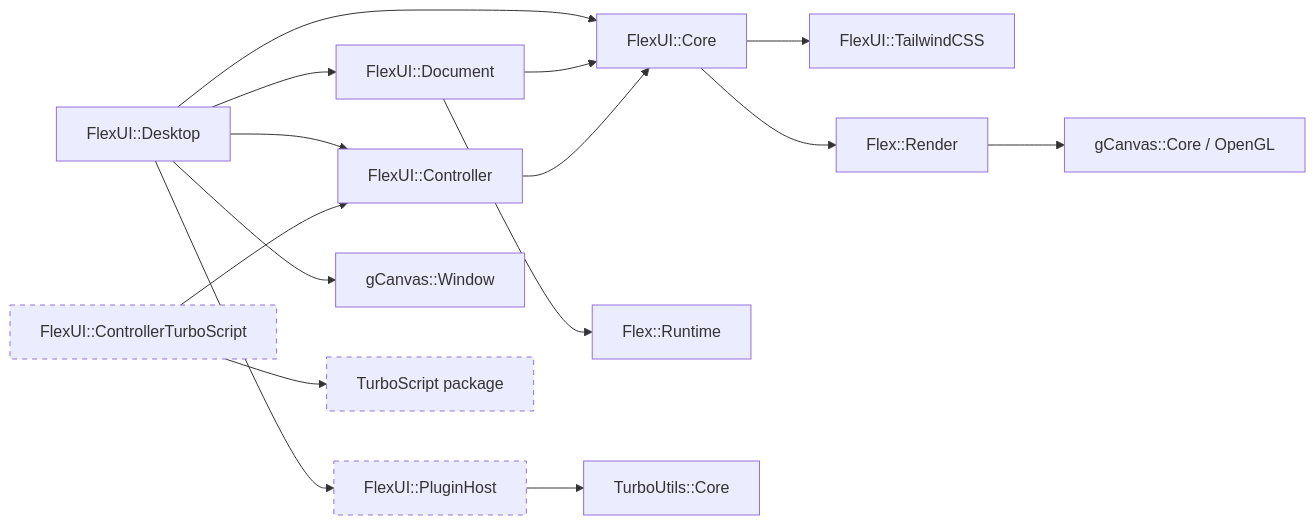
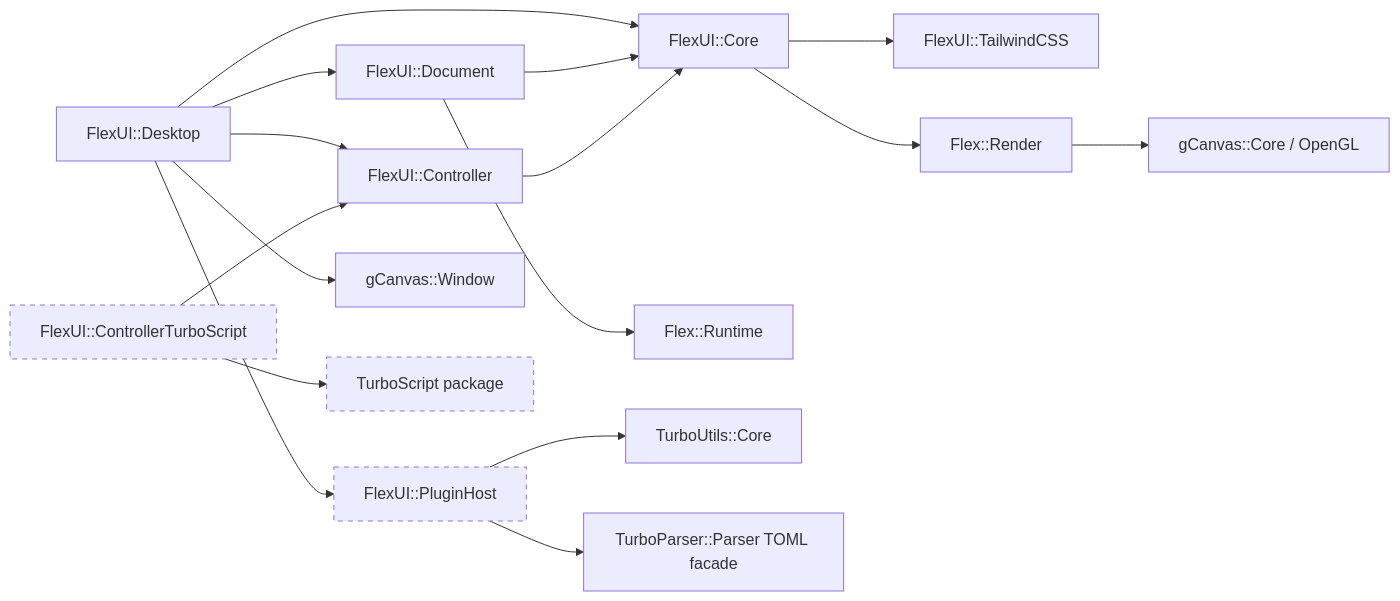
Before and after one commit to qigao/stun: the second of 12 diagrams in flexUI/docs/FLEXUI_DESKTOP_DESIGN.md, drawn with Mermaid. The commit also changed other lines of this file and 46 other files, not shown here.

Commit message:
feat(flexui): add service requests and native plugin host

````diff
--- a/flexUI/docs/FLEXUI_DESKTOP_DESIGN.md
+++ b/flexUI/docs/FLEXUI_DESKTOP_DESIGN.md
@@ -175,22 +175,23 @@
 ```mermaid
 flowchart LR
     Desktop[FlexUI::Desktop] --> Document[FlexUI::Document]
     Desktop --> Controller[FlexUI::Controller]
     Desktop --> PluginHost[FlexUI::PluginHost]
     Desktop --> Core[FlexUI::Core]
     Desktop --> GWindow[gCanvas::Window]
 
     Document --> Core
     Document --> FlexRuntime[Flex::Runtime]
     Core --> Tailwind[FlexUI::TailwindCSS]
     Core --> FlexRender[Flex::Render]
     FlexRender --> GCanvas[gCanvas::Core / OpenGL]
 
     Controller --> Core
     TurboAdapter[FlexUI::ControllerTurboScript] --> Controller
     TurboAdapter --> TurboScript[TurboScript package]
     PluginHost --> TurboUtils[TurboUtils::Core]
+    PluginHost --> TurboParser[TurboParser::Parser TOML facade]
 
     classDef optional stroke-dasharray: 5 5;
     class TurboAdapter,TurboScript,PluginHost optional;
 ```
````
